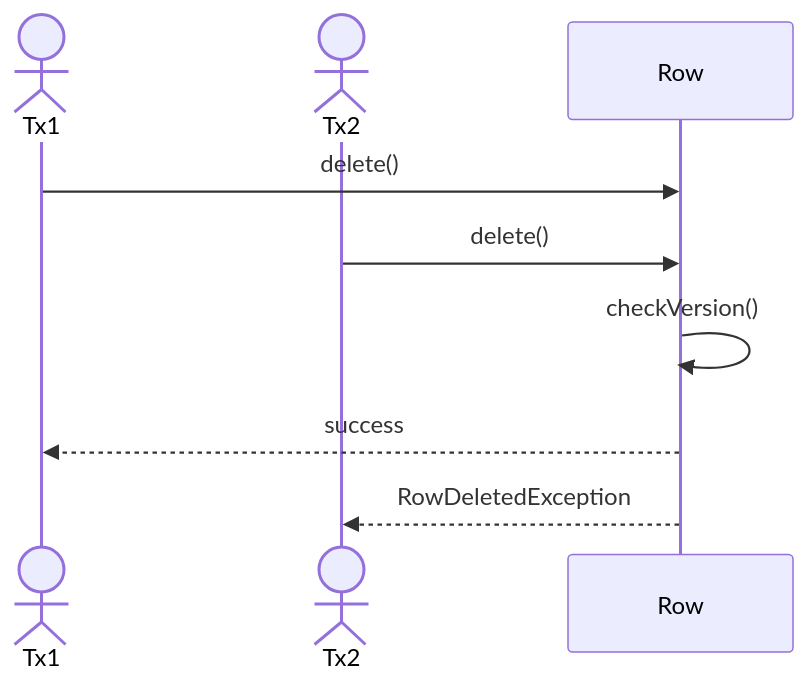
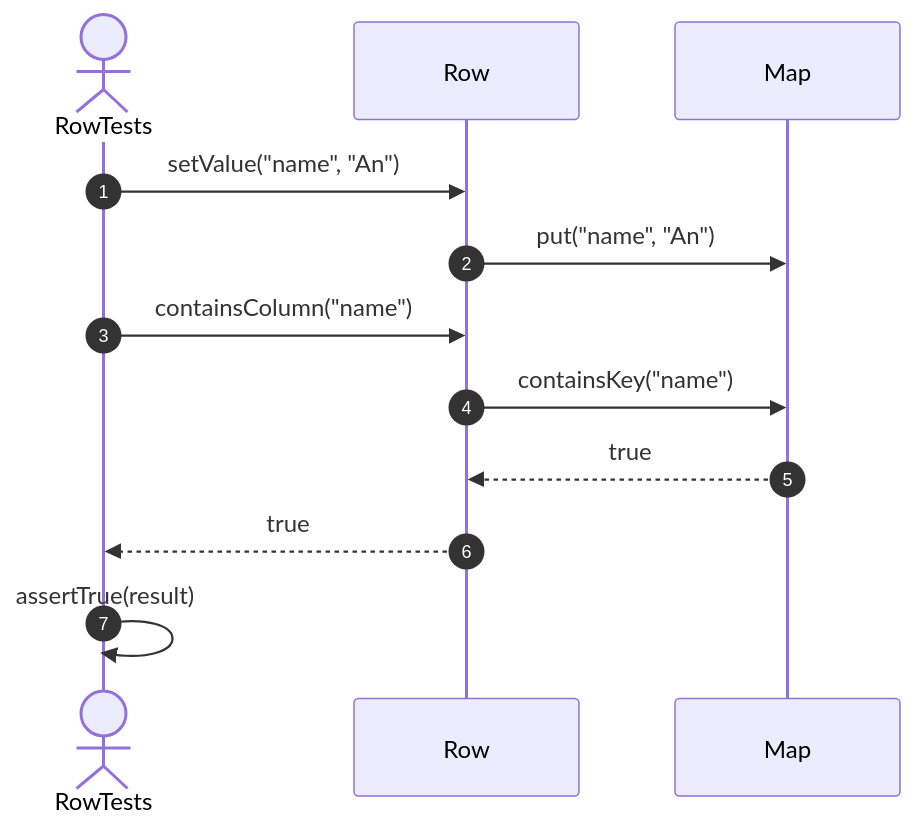
Diagram 14 of 33 in src/tests/unit/metadata/sequences/rows-testing.se.md (FhuAnn/-bbv-AN-s-DBMS), drawn with Mermaid before and after one commit. The commit also changed other lines of this file and 60 other files, not shown here.

Commit message:
refactor data table, row, column, constraint, index test file

````diff
--- a/src/tests/unit/metadata/sequences/rows-testing.se.md
+++ b/src/tests/unit/metadata/sequences/rows-testing.se.md
@@ -256,17 +364,20 @@
 ```mermaid
 sequenceDiagram
-actor Tx1
-actor Tx2
+    autonumber
 
-participant Row
+    actor Test as RowTests
+    participant Row as Row
+    participant Values as Map
 
-Tx1->>Row: delete()
+    Test->>Row: setValue("name", "An")
+    Row->>Values: put("name", "An")
 
-Tx2->>Row: delete()
+    Test->>Row: containsColumn("name")
 
-Row->>Row: checkVersion()
+    Row->>Values: containsKey("name")
+    Values-->>Row: true
 
-Row-->>Tx1: success
+    Row-->>Test: true
 
-Row-->>Tx2: RowDeletedException
+    Test->>Test: assertTrue(result)
 ```
````
